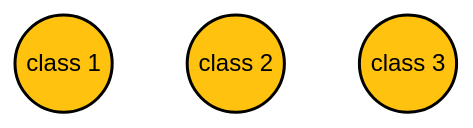
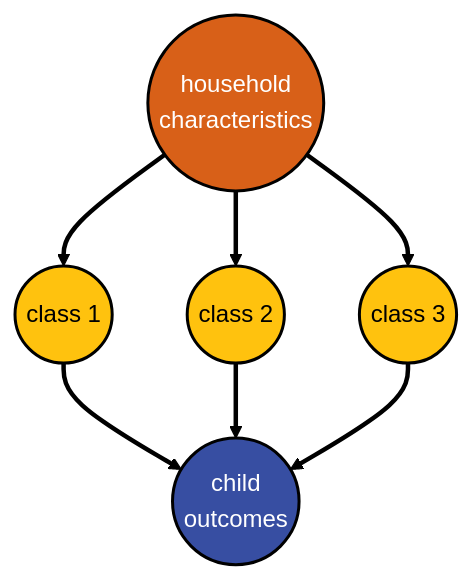
The first of 2 diagrams in patterns/patterns.qmd (agrogan1/closeread), drawn with Mermaid before and after one commit. The commit also changed 1 other file, not shown here.

Commit message:
updated diagram of LCA

````diff
--- a/patterns/patterns.qmd
+++ b/patterns/patterns.qmd
@@ -180,22 +180,29 @@
 ```{mermaid}
 
 flowchart TB
 
   classDef yellow fill:#FFC20E,stroke:#000000,stroke-width:2px,color:#000000;
   
   classDef blue fill:#374EA2,stroke:#000000,stroke-width:2px,color:#FFFFFF;
   
   classDef green fill:#00833D,stroke:#000000,stroke-width:2px,color:#FFFFFF;
   
   classDef orange fill:#D86018,stroke:#000000,stroke-width:2px,color:#FFFFFF;
   
   classDef red fill:#9A3324,stroke:#000000,stroke-width:2px,color:#FFFFFF;
   
-  class1((class 1)):::yellow
+  class1((class 1)):::yellow --> outcomes((child <br>outcomes)):::blue
   
-  class2((class 2)):::yellow
+  class2((class 2)):::yellow --> outcomes
   
-  class3((class 3)):::yellow
+  class3((class 3)):::yellow --> outcomes
+  
+  household((household <br>characteristics)):::orange --> class1
+  
+  household --> class2
+  
+  household --> class3
 
+  linkStyle 0,1,2,3,4,5 stroke:#000000,stroke-width:3px;
 
 ```
````
